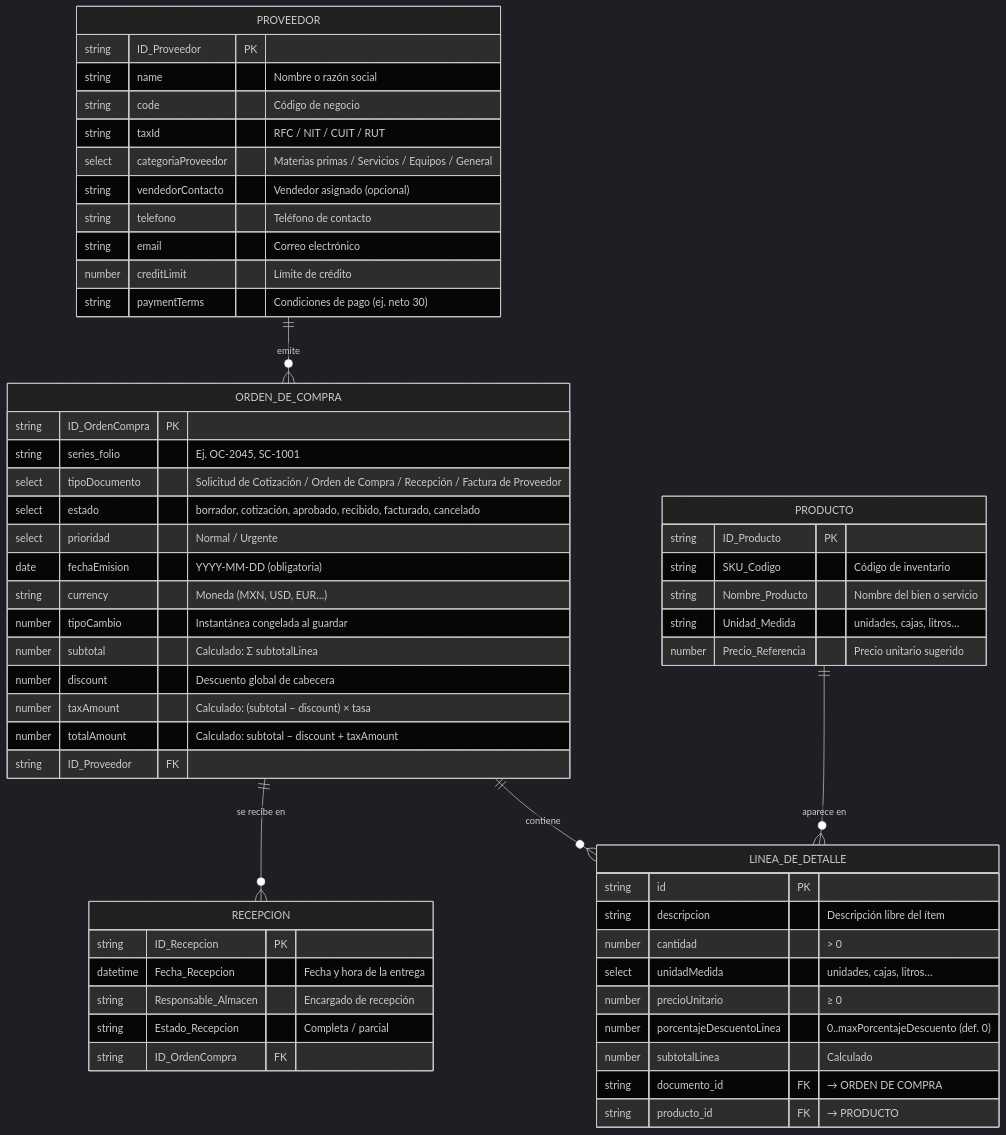
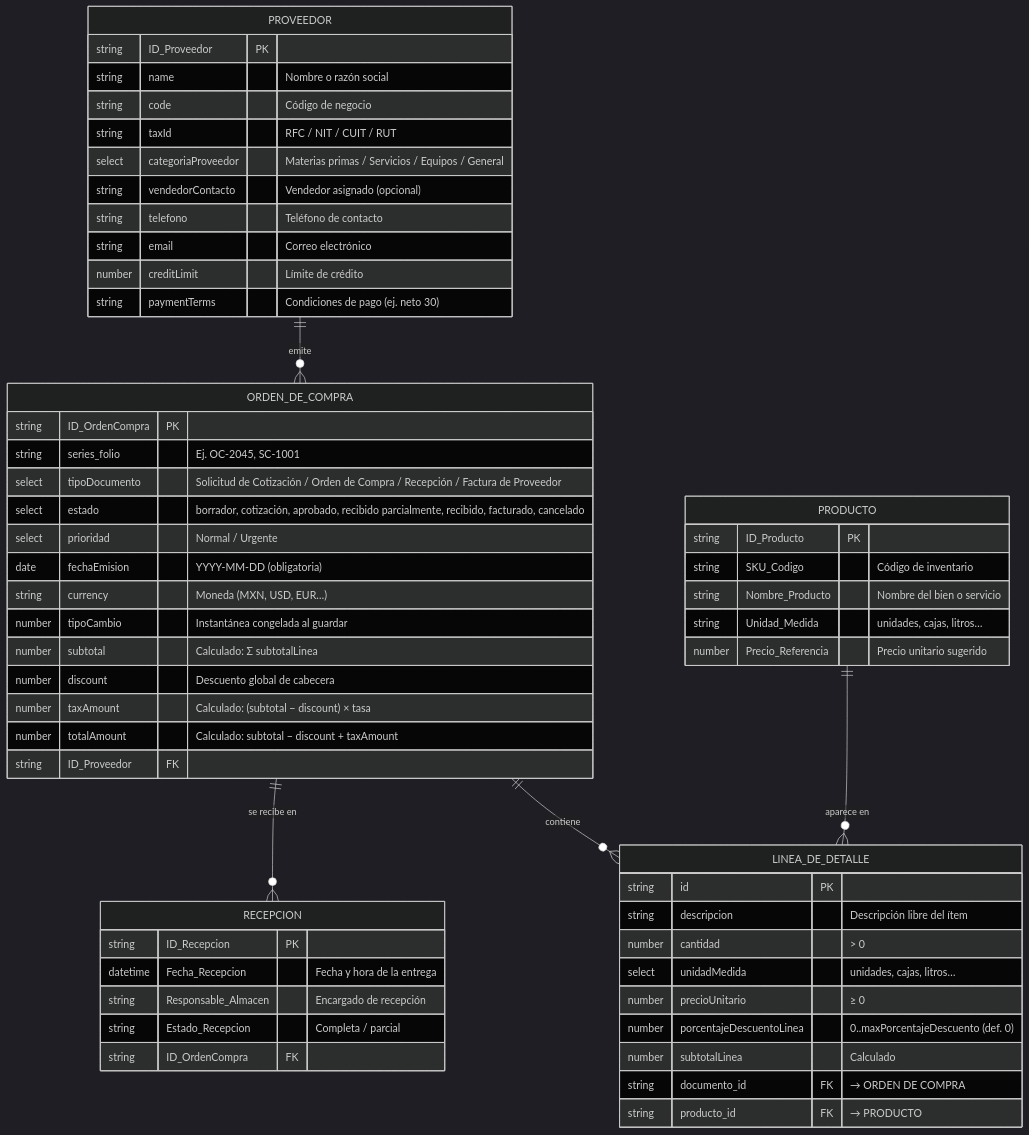
Before and after one commit to MDS-BI/Grupo-14: the first of 2 diagrams in specs/001-erp-base-module/data-model.md, drawn with Mermaid (dark theme). The commit also changed other lines of this file and 14 other files, not shown here.

````diff
--- a/specs/001-erp-base-module/data-model.md
+++ b/specs/001-erp-base-module/data-model.md
@@ -10,59 +10,59 @@
 ```mermaid
 erDiagram
   PROVEEDOR ||--o{ ORDEN_DE_COMPRA : "emite"
   ORDEN_DE_COMPRA ||--o{ RECEPCION : "se recibe en"
   ORDEN_DE_COMPRA ||--o{ LINEA_DE_DETALLE : "contiene"
   PRODUCTO ||--o{ LINEA_DE_DETALLE : "aparece en"
   PROVEEDOR {
     string ID_Proveedor PK
     string name "Nombre o razón social"
     string code "Código de negocio"
     string taxId "RFC / NIT / CUIT / RUT"
     select categoriaProveedor "Materias primas / Servicios / Equipos / General"
     string vendedorContacto "Vendedor asignado (opcional)"
     string telefono "Teléfono de contacto"
     string email "Correo electrónico"
     number creditLimit "Límite de crédito"
     string paymentTerms "Condiciones de pago (ej. neto 30)"
   }
   ORDEN_DE_COMPRA {
     string ID_OrdenCompra PK
     string series_folio "Ej. OC-2045, SC-1001"
     select tipoDocumento "Solicitud de Cotización / Orden de Compra / Recepción / Factura de Proveedor"
-    select estado "borrador, cotización, aprobado, recibido, facturado, cancelado"
+    select estado "borrador, cotización, aprobado, recibido parcialmente, recibido, facturado, cancelado"
     select prioridad "Normal / Urgente"
     date fechaEmision "YYYY-MM-DD (obligatoria)"
     string currency "Moneda (MXN, USD, EUR…)"
     number tipoCambio "Instantánea congelada al guardar"
     number subtotal "Calculado: Σ subtotalLinea"
     number discount "Descuento global de cabecera"
     number taxAmount "Calculado: (subtotal − discount) × tasa"
     number totalAmount "Calculado: subtotal − discount + taxAmount"
     string ID_Proveedor FK
   }
   RECEPCION {
     string ID_Recepcion PK
     datetime Fecha_Recepcion "Fecha y hora de la entrega"
     string Responsable_Almacen "Encargado de recepción"
     string Estado_Recepcion "Completa / parcial"
     string ID_OrdenCompra FK
   }
   PRODUCTO {
     string ID_Producto PK
     string SKU_Codigo "Código de inventario"
     string Nombre_Producto "Nombre del bien o servicio"
     string Unidad_Medida "unidades, cajas, litros…"
     number Precio_Referencia "Precio unitario sugerido"
   }
   LINEA_DE_DETALLE {
     string id PK
     string descripcion "Descripción libre del ítem"
     number cantidad "> 0"
     select unidadMedida "unidades, cajas, litros…"
     number precioUnitario "≥ 0"
     number porcentajeDescuentoLinea "0..maxPorcentajeDescuento (def. 0)"
     number subtotalLinea "Calculado"
     string documento_id FK "→ ORDEN DE COMPRA"
     string producto_id FK "→ PRODUCTO"
   }
 ```
````
